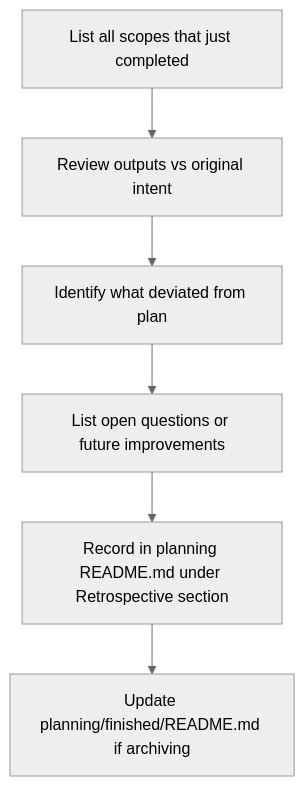
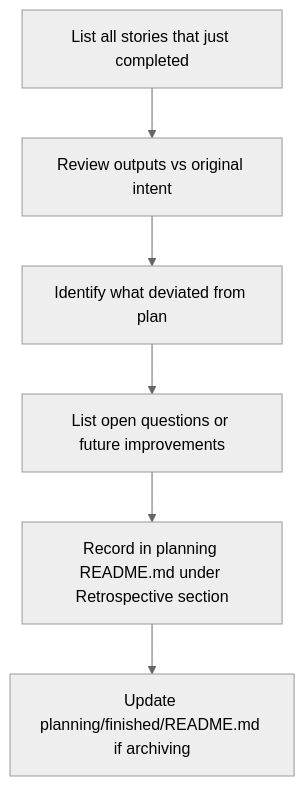
One commit to cmartinezs/grade-ops-ai changed the diagram in .planning/WORKFLOWS/03-MAINTENANCE-WORKFLOWS/MILESTONE-FEEDBACK.md. Above: the diagram before and after it, drawn with Mermaid (neutral theme). The commit also changed other lines of this file and 233 other files, not shown here.

````diff
--- a/.planning/WORKFLOWS/03-MAINTENANCE-WORKFLOWS/MILESTONE-FEEDBACK.md
+++ b/.planning/WORKFLOWS/03-MAINTENANCE-WORKFLOWS/MILESTONE-FEEDBACK.md
@@ -9,8 +9,8 @@
 ```mermaid
 flowchart TD
-    A[List all scopes that just completed] --> B[Review outputs vs original intent]
+    A[List all stories that just completed] --> B[Review outputs vs original intent]
     B --> C[Identify what deviated from plan]
     C --> D[List open questions or future improvements]
     D --> E[Record in planning README.md under Retrospective section]
     E --> F[Update planning/finished/README.md if archiving]
 ```
````
